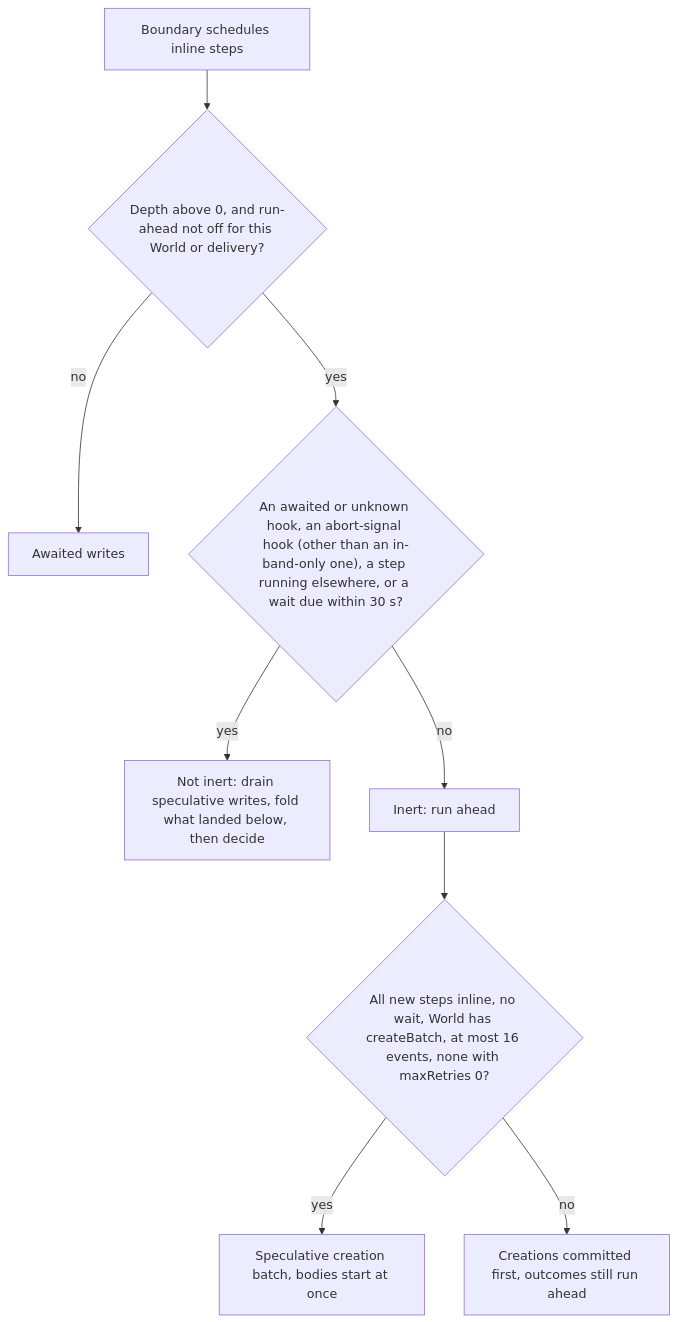
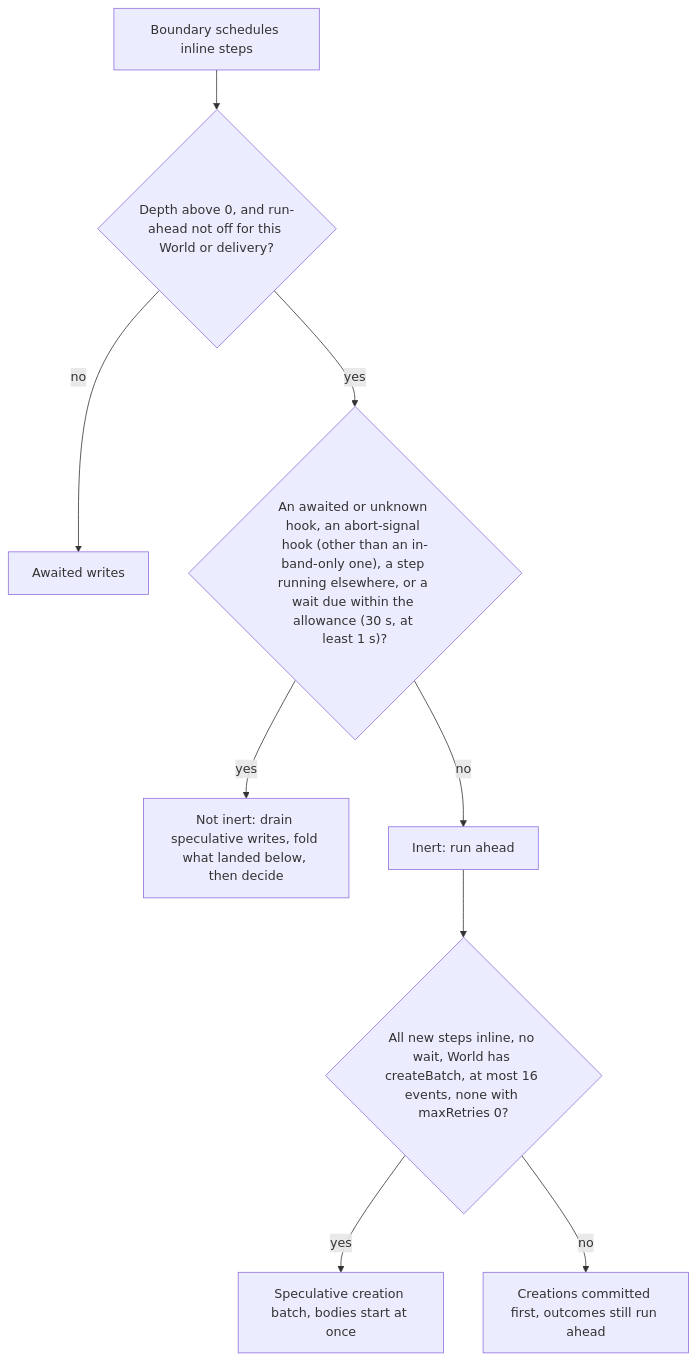
Before and after one commit to vercel/workflow: the fourth of 21 diagrams in packages/core/src/runtime/spec9/README.md, drawn with Mermaid. The commit also changed other lines of this file and 5 other files, not shown here.

Commit message:
[core] PoC: one helper for run-ahead's wait window with a 1 s floor; test a wait coming due mid-run-ahead

````diff
--- a/packages/core/src/runtime/spec9/README.md
+++ b/packages/core/src/runtime/spec9/README.md
@@ -457,11 +457,11 @@
 ```mermaid
 flowchart TD
     A["Boundary schedules inline steps"] --> B{"Depth above 0, and run-ahead not off for this World or delivery?"}
     B -->|"no"| AW["Awaited writes"]
-    B -->|"yes"| C{"An awaited or unknown hook, an abort-signal hook (other than an in-band-only one), a step running elsewhere, or a wait due within 30 s?"}
+    B -->|"yes"| C{"An awaited or unknown hook, an abort-signal hook (other than an in-band-only one), a step running elsewhere, or a wait due within the allowance (30 s, at least 1 s)?"}
     C -->|"yes"| DR["Not inert: drain speculative writes, fold what landed below, then decide"]
     C -->|"no"| G["Inert: run ahead"]
     G --> H{"All new steps inline, no wait, World has createBatch, at most 16 events, none with maxRetries 0?"}
     H -->|"yes"| SC["Speculative creation batch, bodies start at once"]
     H -->|"no"| PC["Creations committed first, outcomes still run ahead"]
 ```
````
